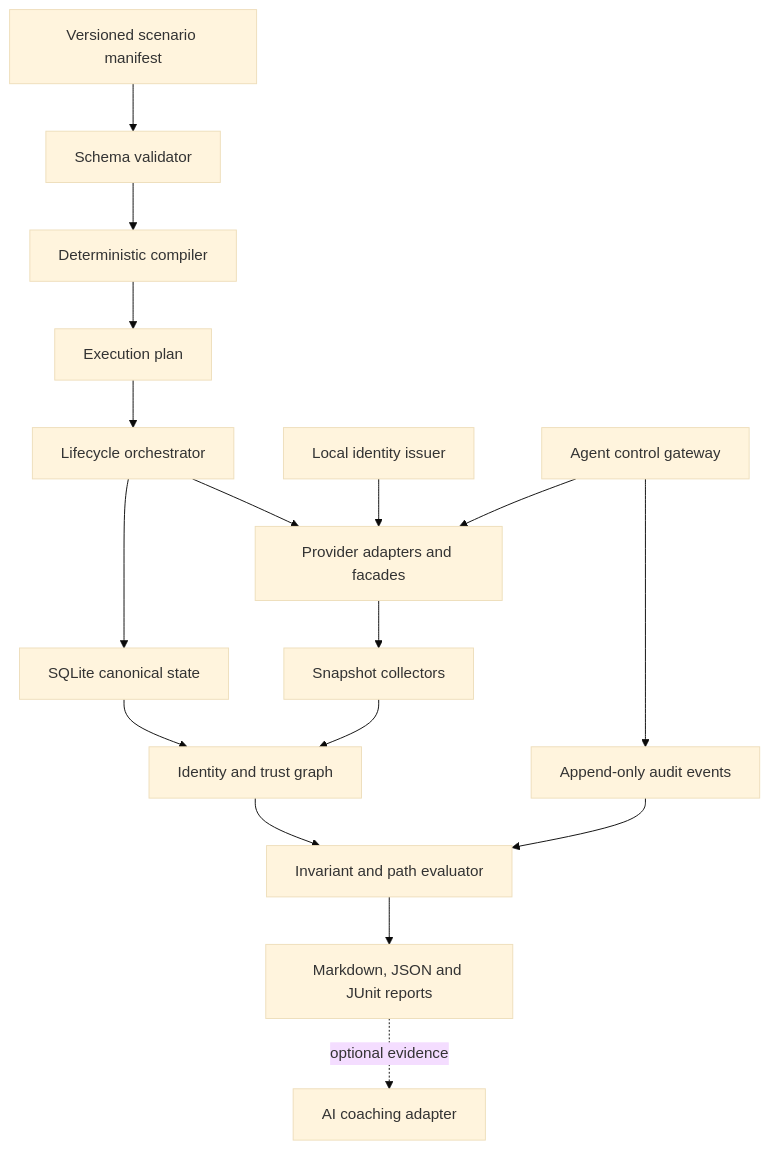
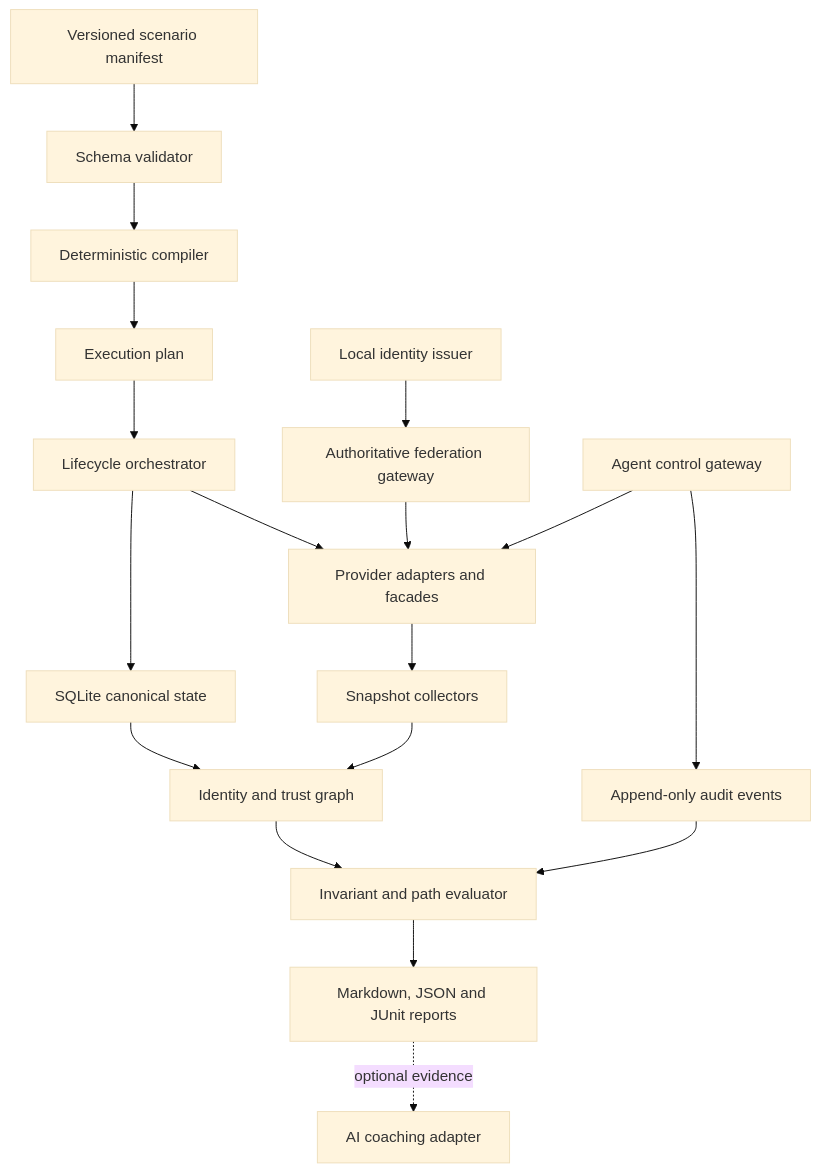
One commit to msinclair25/cailab changed the second of 2 diagrams in docs/02-architecture/system-architecture.md. Above: the diagram before and after it, drawn with Mermaid (base theme). The commit also changed other lines of this file and 40 other files, not shown here.

````diff
--- a/docs/02-architecture/system-architecture.md
+++ b/docs/02-architecture/system-architecture.md
@@ -29,19 +29,20 @@
 ```mermaid
 flowchart TD
     Manifest["Versioned scenario manifest"] --> Validator["Schema validator"]
     Validator --> Compiler["Deterministic compiler"]
     Compiler --> Plan["Execution plan"]
     Plan --> Orchestrator["Lifecycle orchestrator"]
     Orchestrator --> State["SQLite canonical state"]
     Orchestrator --> Providers["Provider adapters and facades"]
     State --> Graph["Identity and trust graph"]
     Providers --> Collector["Snapshot collectors"]
     Collector --> Graph
-    Issuer["Local identity issuer"] --> Providers
+    Issuer["Local identity issuer"] --> Federation["Authoritative federation gateway"]
+    Federation --> Providers
     AgentGateway["Agent control gateway"] --> Providers
     AgentGateway --> Audit["Append-only audit events"]
     Graph --> Evaluator["Invariant and path evaluator"]
     Audit --> Evaluator
     Evaluator --> Reporter["Markdown, JSON and JUnit reports"]
     Reporter -. optional evidence .-> Coach["AI coaching adapter"]
 ```
````
